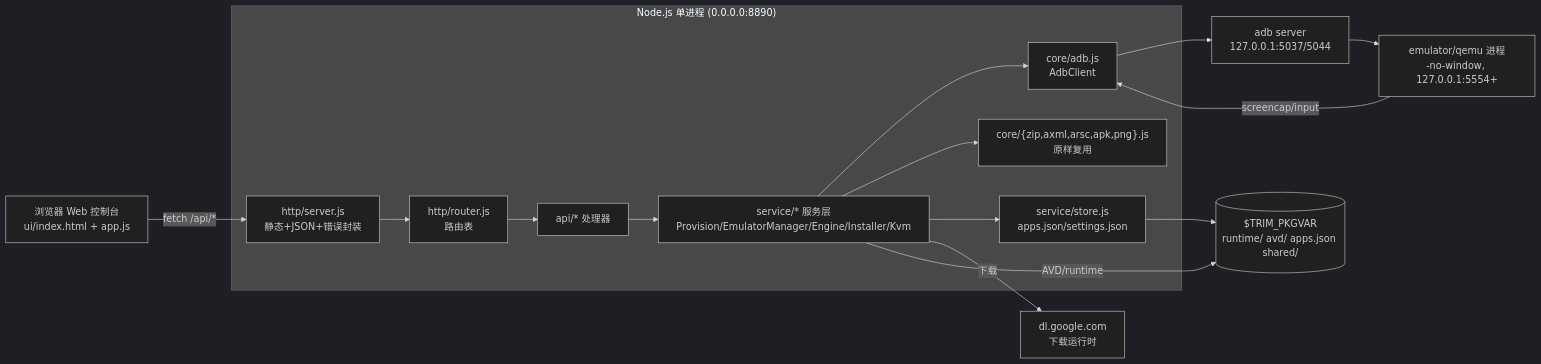
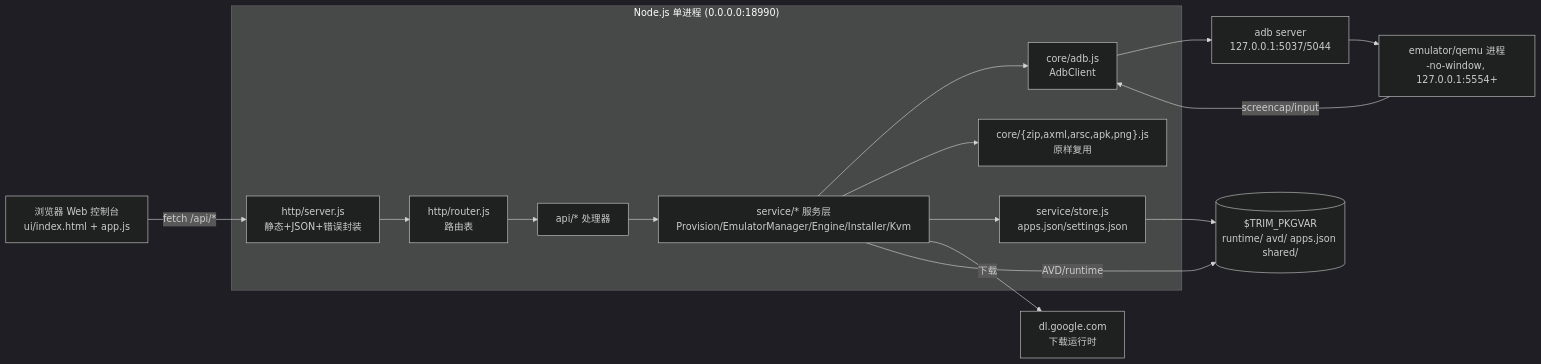
Before and after one commit to TaroCats/apkstart: the first of 6 diagrams in docs/fnos/ARCH.md, drawn with Mermaid (dark theme). The commit also changed other lines of this file and 14 other files, not shown here.

````diff
--- a/docs/fnos/ARCH.md
+++ b/docs/fnos/ARCH.md
@@ -45,25 +46,25 @@
 ```mermaid
 flowchart LR
   Browser["浏览器 Web 控制台<br/>ui/index.html + app.js"]
-  subgraph Node["Node.js 单进程 (0.0.0.0:8890)"]
+  subgraph Node["Node.js 单进程 (0.0.0.0:18990)"]
     HTTP["http/server.js<br/>静态+JSON+错误封装"]
     Router["http/router.js<br/>路由表"]
     API["api/* 处理器"]
     SVC["service/* 服务层<br/>Provision/EmulatorManager/Engine/Installer/Kvm"]
     ADP["core/adb.js<br/>AdbClient"]
     PARSE["core/{zip,axml,arsc,apk,png}.js<br/>原样复用"]
     STORE["service/store.js<br/>apps.json/settings.json"]
   end
   ADBSRV["adb server<br/>127.0.0.1:5037/5044"]
   EMU["emulator/qemu 进程<br/>-no-window, 127.0.0.1:5554+"]
   FS[("$TRIM_PKGVAR<br/>runtime/ avd/ apps.json shared/")]
   NET["dl.google.com<br/>下载运行时"]
 
   Browser -->|fetch /api/*| HTTP --> Router --> API --> SVC
   SVC --> ADP --> ADBSRV --> EMU
   SVC --> PARSE
   SVC --> STORE --> FS
   SVC -->|下载| NET
   SVC -->|AVD/runtime| FS
   EMU -->|screencap/input| ADP
 ```
````
